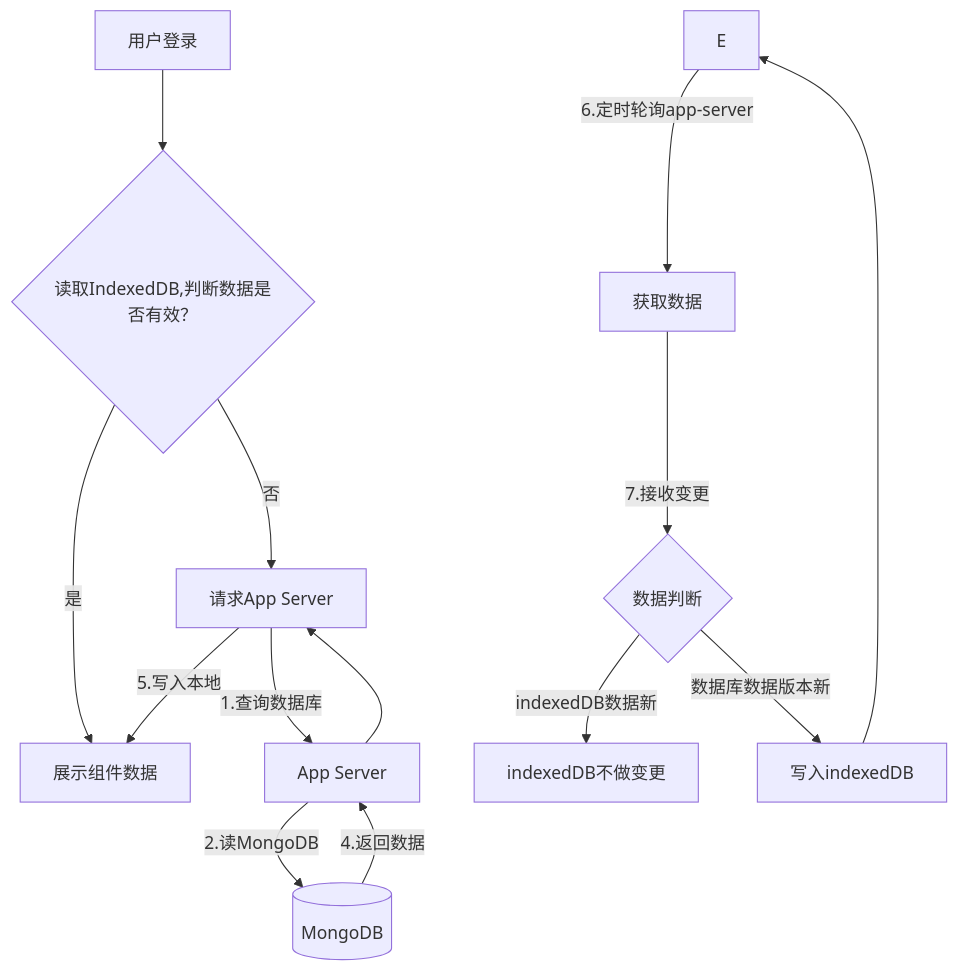
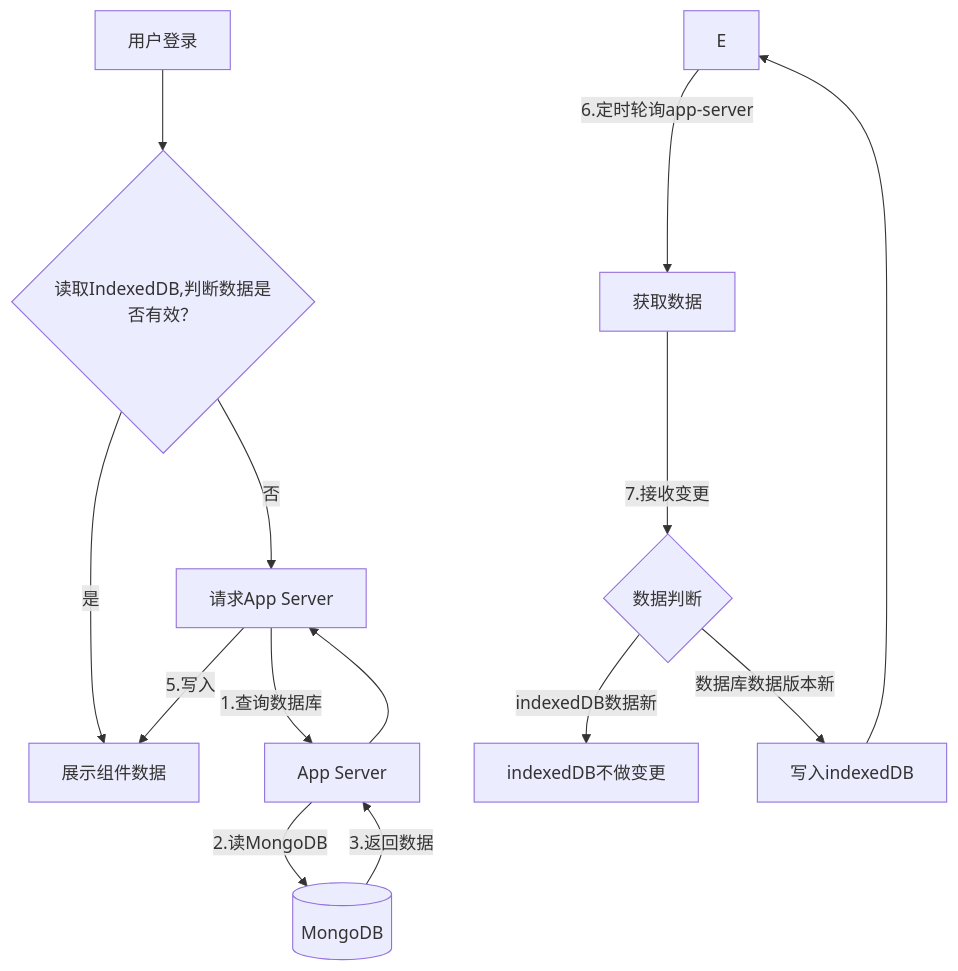
One commit to yingjianzh/iodraw-files changed the diagram in all/未命名-22.md. Above: the diagram before and after it, drawn with Mermaid.

Commit message:
2025-02-18 16:10:29 update

````diff
--- a/all/未命名-22.md
+++ b/all/未命名-22.md
@@ -1,16 +1,16 @@
 ```mermaid
 graph TD
     A[用户登录] --> B{读取IndexedDB,判断数据是否有效？}
     B -->|是| C[展示组件数据]
     B -->|否| D[请求App Server]
     
     D -->|1.查询数据库| F[App Server]
     F -->|2.读MongoDB| G[(MongoDB)]
-    G -->|4.返回数据| F --> D
-    D -->|5.写入本地| C
+    G -->|3.返回数据| F --> D
+    D -->|5.写入| C
     E -->|6.定时轮询app-server| H[获取数据]
     H -->|7.接收变更| I{数据判断}
     I -->|indexedDB数据新| J[indexedDB不做变更]
     I -->|数据库数据版本新| K[写入indexedDB]
     K --> E
 ```
````
